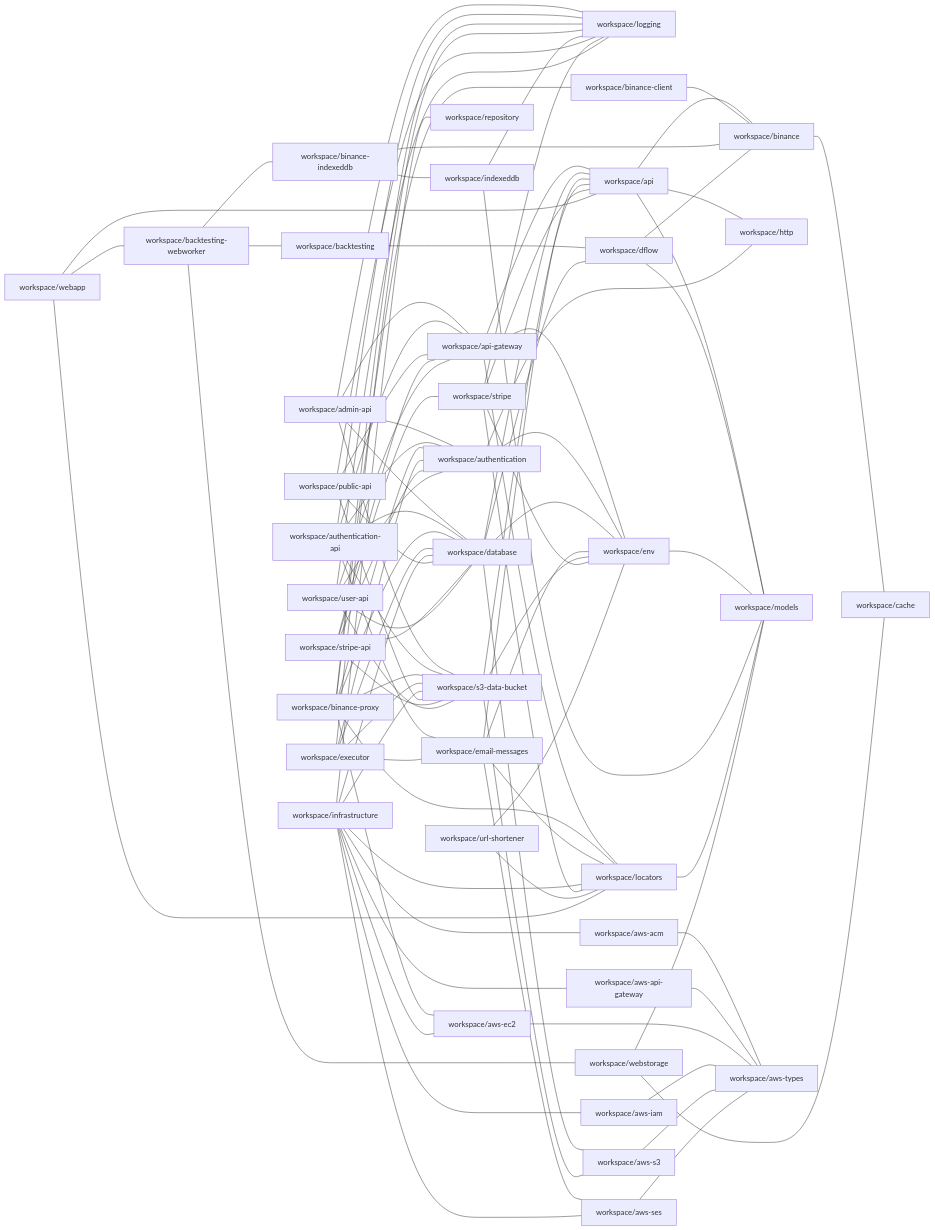
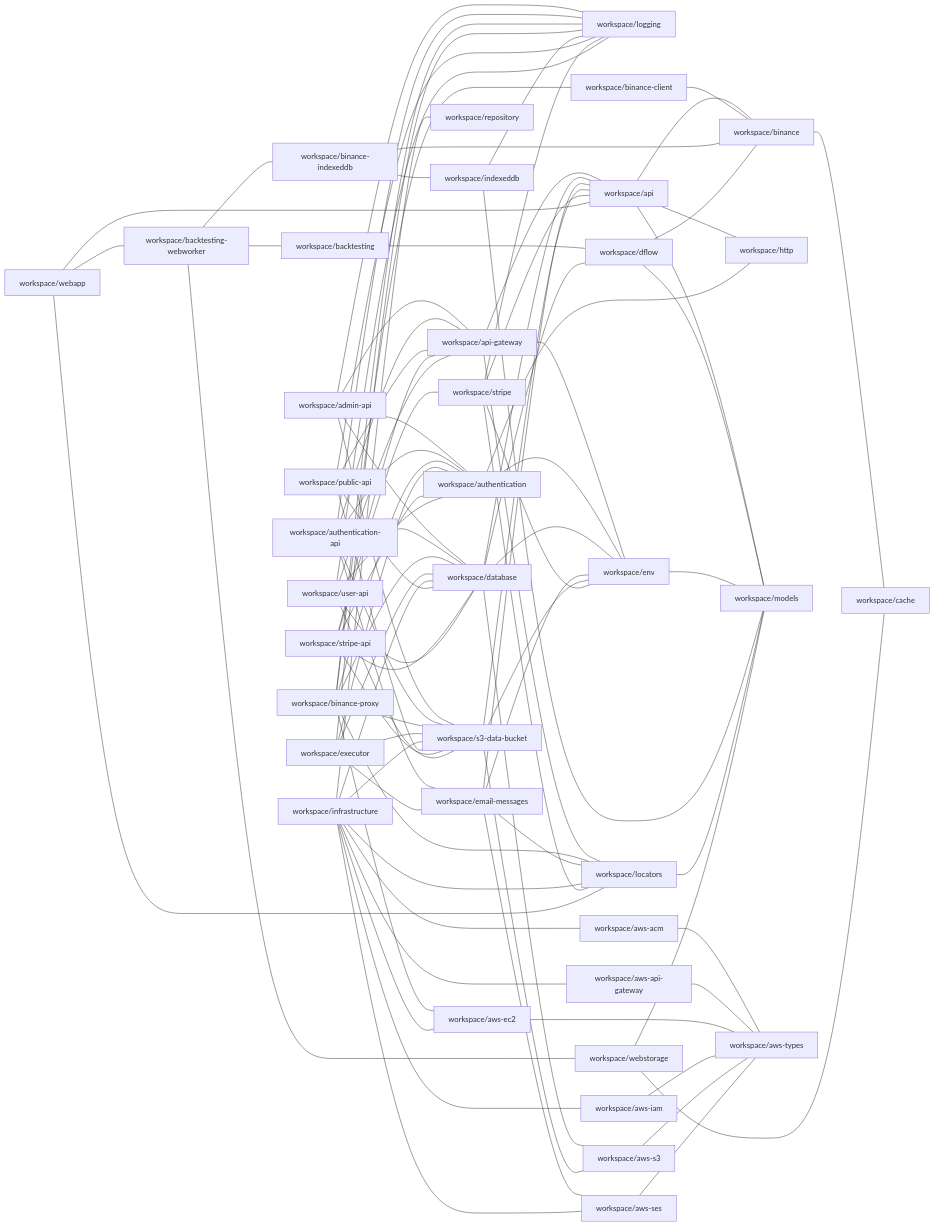
Before and after one commit to ggbot-org/ggbot: the diagram in repository/docs/npm-dependencies.md, drawn with Mermaid. The commit also changed 29 other files, not shown here.

```diff
--- a/repository/docs/npm-dependencies.md
+++ b/repository/docs/npm-dependencies.md
@@ -88,8 +88,6 @@
     workspace/stripe-api --- workspace/database
     workspace/stripe-api --- workspace/stripe
     workspace/stripe-api --- workspace/s3-data-bucket
-    workspace/url-shortener --- workspace/env
-    workspace/url-shortener --- workspace/locators
     workspace/user-api --- workspace/api-gateway
     workspace/user-api --- workspace/authentication
     workspace/user-api --- workspace/database
```
